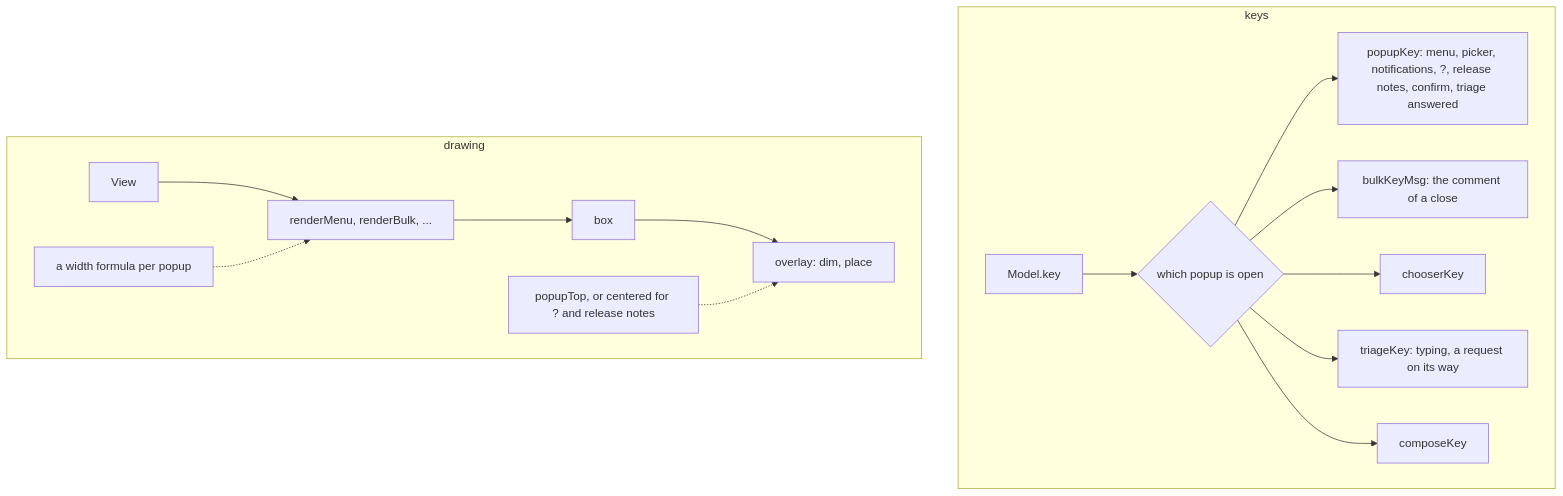
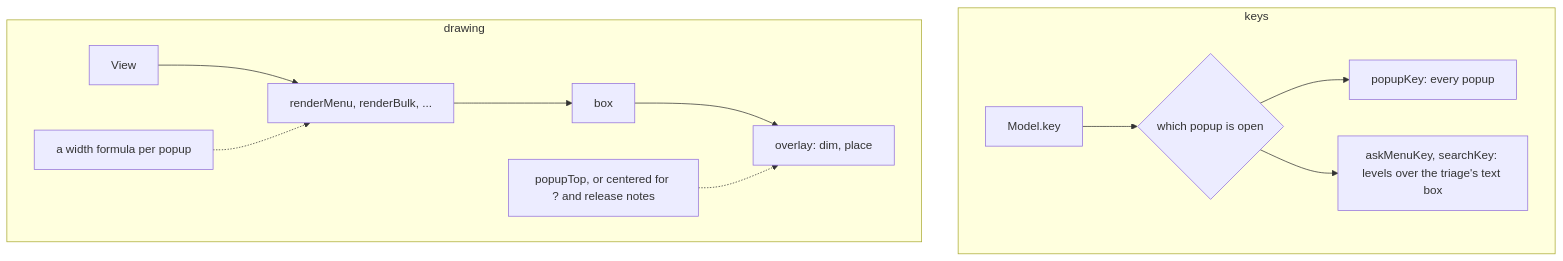
One commit to babarot/gh-desk changed the first of 2 diagrams in docs/design/popups.md. Above: the diagram before and after it, drawn with Mermaid. The commit also changed other lines of this file and 23 other files, not shown here.

First line of the commit message:
Read the keys of every text box in a popup in one place

````diff
--- a/docs/design/popups.md
+++ b/docs/design/popups.md
@@ -72,18 +71,15 @@
 ```mermaid
 flowchart TB
   subgraph keys["keys"]
     K["Model.key"] --> SW{"which popup is open"}
-    SW --> SH["popupKey: menu, picker, notifications, ?, release notes, confirm, triage answered"]
-    SW --> BK["bulkKeyMsg: the comment of a close"]
-    SW --> CK["chooserKey"]
-    SW --> TK["triageKey: typing, a request on its way"]
-    SW --> CPK["composeKey"]
+    SW --> SH["popupKey: every popup"]
+    SW --> TK["askMenuKey, searchKey: levels over the triage's text box"]
   end
   subgraph draw["drawing"]
     V["View"] --> RS["renderMenu, renderBulk, ..."]
     RS --> BOX["box"]
     BOX --> OV["overlay: dim, place"]
     W["a width formula per popup"] -.-> RS
     T["popupTop, or centered for ? and release notes"] -.-> OV
   end
 ```
````
